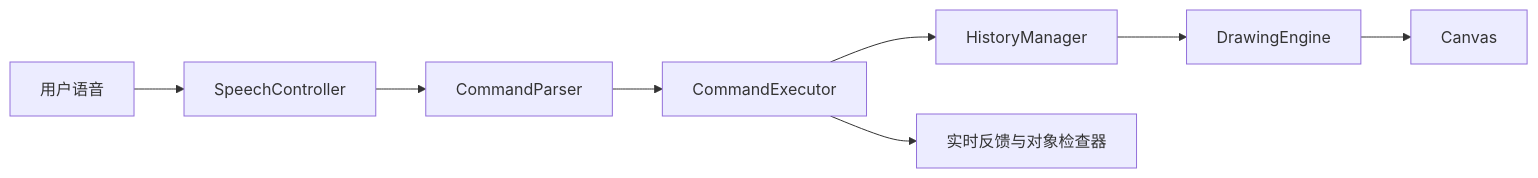
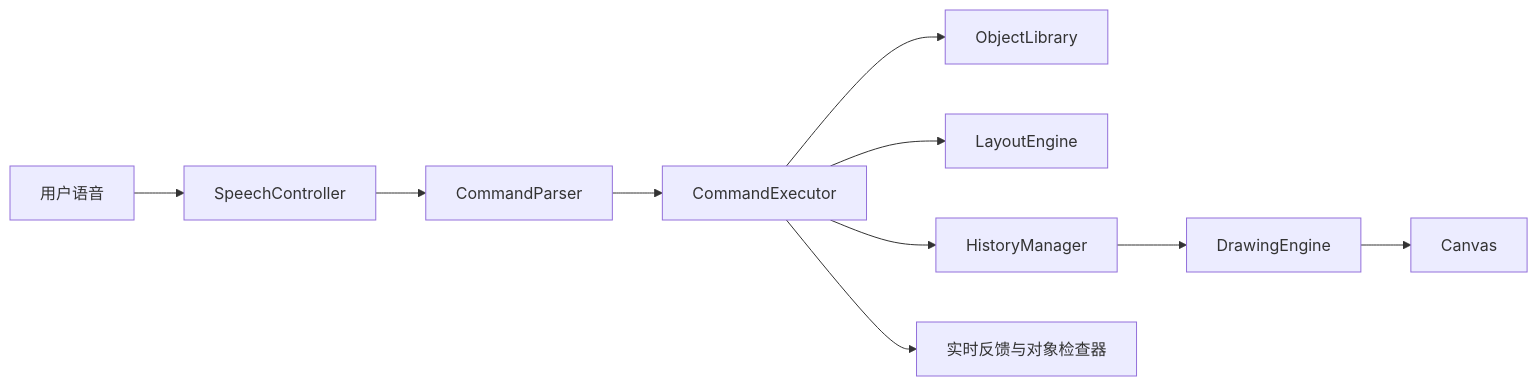
Before and after one commit to LazyQ0130/VoiceCanvas-AI: the diagram in DESIGN.md, drawn with Mermaid. The commit also changed other lines of this file and 13 other files, not shown here.

````diff
--- a/DESIGN.md
+++ b/DESIGN.md
@@ -24,10 +24,12 @@
 ```mermaid
 flowchart LR
   U[用户语音] --> S[SpeechController]
   S --> P[CommandParser]
   P --> E[CommandExecutor]
+  E --> O[ObjectLibrary]
+  E --> L[LayoutEngine]
   E --> H[HistoryManager]
   H --> D[DrawingEngine]
   D --> C[Canvas]
   E --> UI[实时反馈与对象检查器]
 ```
````
